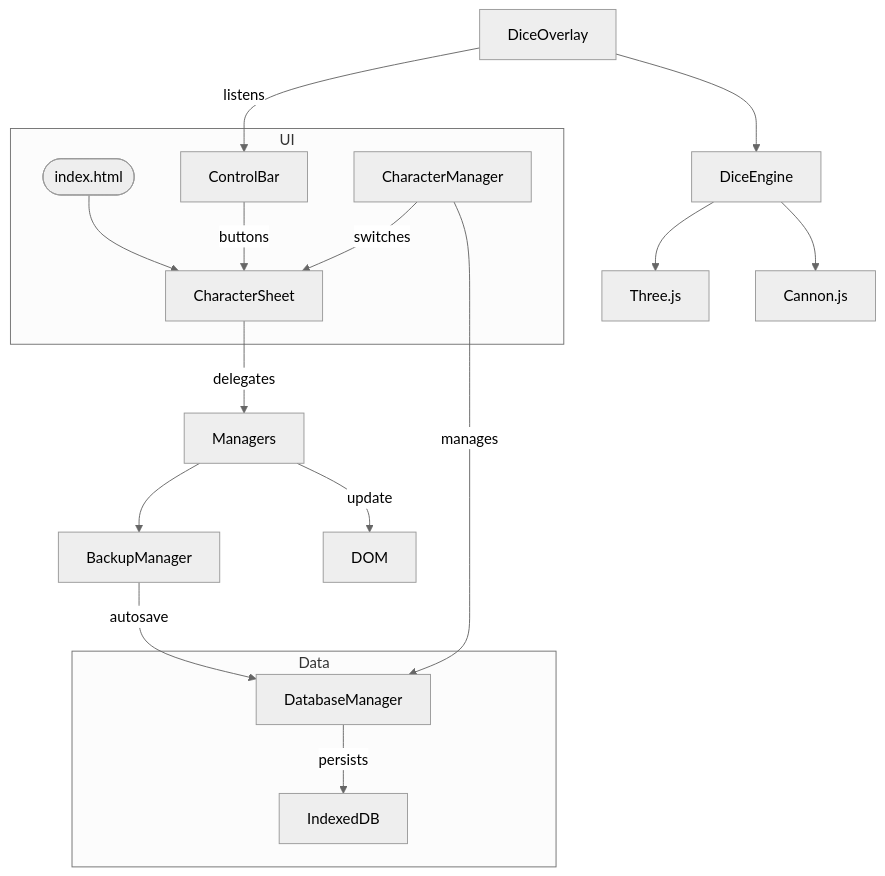
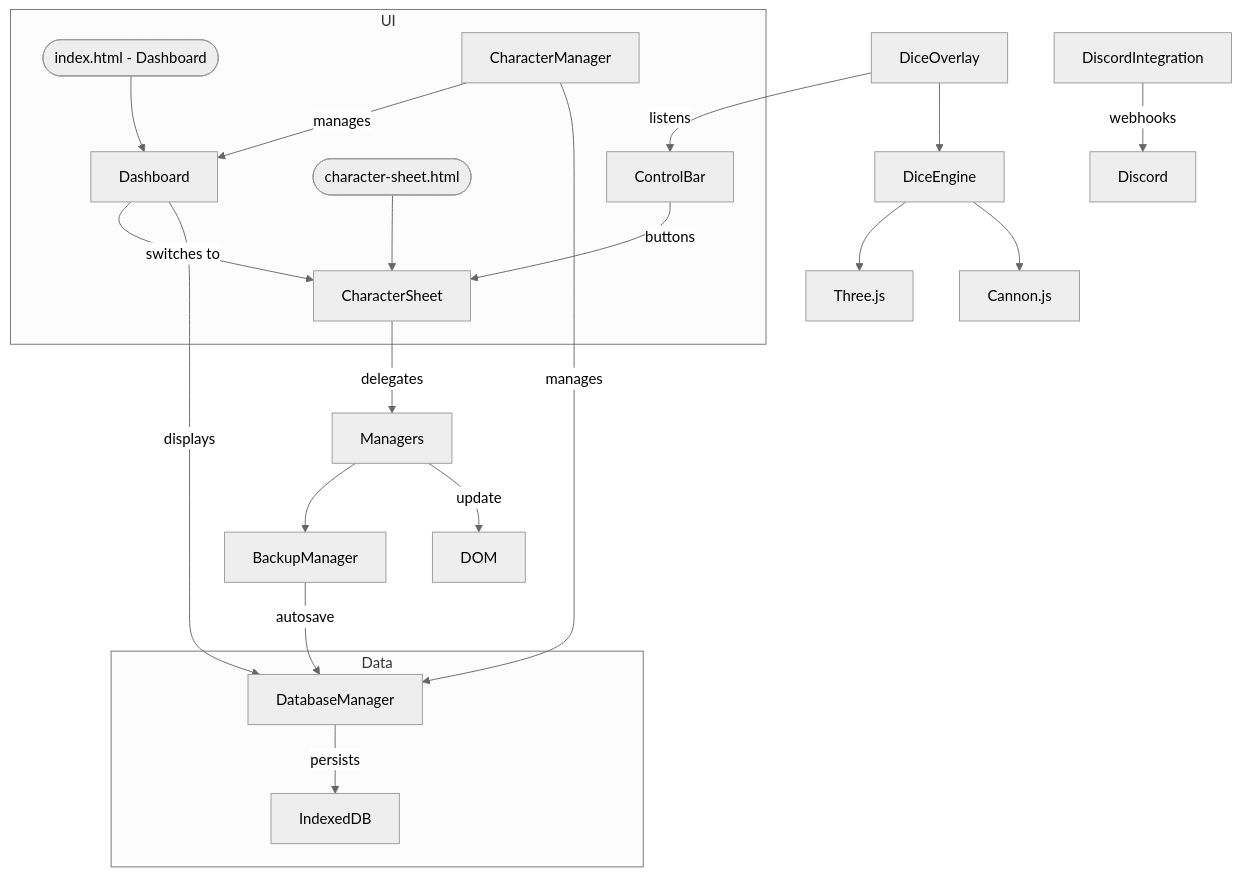
One commit to atRobJustice/The-Ledger changed the diagram in DOCUMENTATION.md. Above: the diagram before and after it, drawn with Mermaid (neutral theme). The commit also changed other lines of this file and 110 other files, not shown here.

````diff
--- a/DOCUMENTATION.md
+++ b/DOCUMENTATION.md
@@ -133,23 +164,28 @@
 ```mermaid
 flowchart TD
     subgraph UI
-        indexHTML([index.html]) --> CharacterSheet
+        indexHTML([index.html - Dashboard]) --> Dashboard
+        characterSheetHTML([character-sheet.html]) --> CharacterSheet
+        Dashboard -->|switches to| CharacterSheet
         ControlBar -->|buttons| CharacterSheet
-        CharacterManager -->|switches| CharacterSheet
+        CharacterManager -->|manages| Dashboard
     end
 
     subgraph Data
         DatabaseManager -->|persists| IndexedDB
         CharacterManager -->|manages| DatabaseManager
+        Dashboard -->|displays| DatabaseManager
     end
 
     CharacterSheet -->|delegates| Managers
     Managers --> BackupManager
     Managers -->|update| DOM
     BackupManager -->|autosave| DatabaseManager
 
     DiceOverlay -- listens --> ControlBar
     DiceOverlay --> DiceEngine
     DiceEngine --> ThreeJS[Three.js]
     DiceEngine --> CannonJS[Cannon.js]
+
+    DiscordIntegration -->|webhooks| Discord
 ```
````
